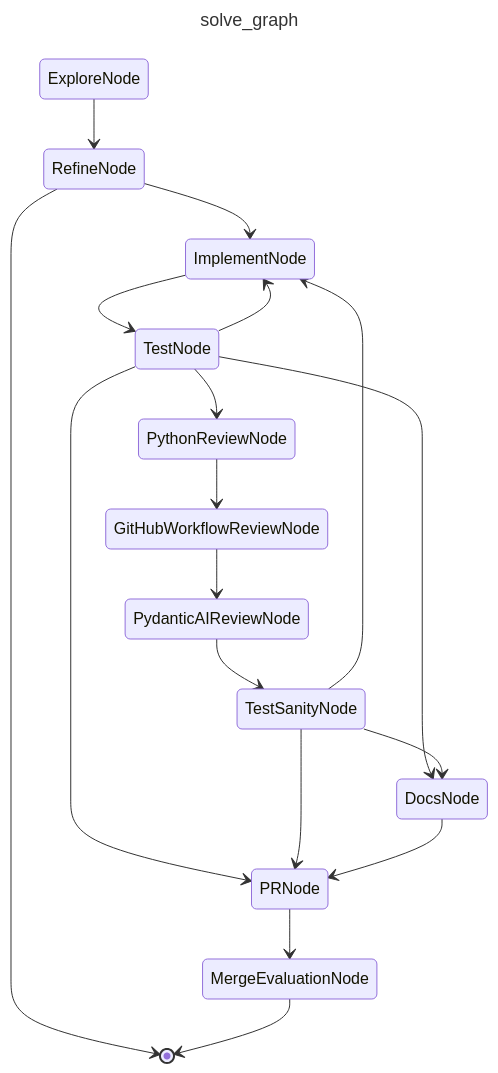
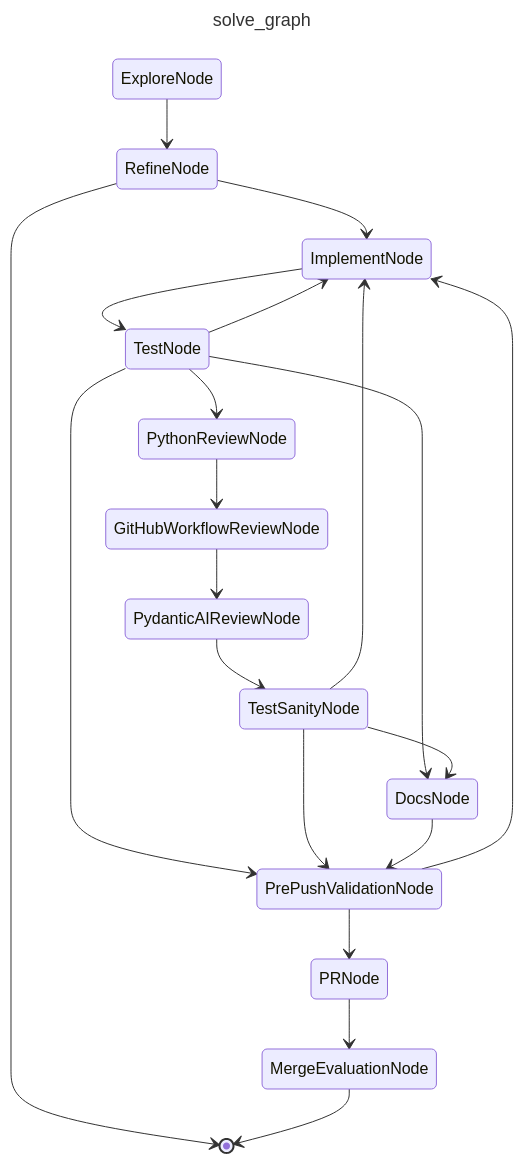
One commit to damien-robotsix/robotsix-cai changed the diagram in docs/workflows/solve.md. Above: the diagram before and after it, drawn with Mermaid. The commit also changed 11 other files, not shown here.

````diff
--- a/docs/workflows/solve.md
+++ b/docs/workflows/solve.md
@@ -15,23 +15,25 @@
 ```mermaid
 ---
 title: solve_graph
 ---
 stateDiagram-v2
   ExploreNode --> RefineNode
   RefineNode --> ImplementNode
   RefineNode --> [*]
   ImplementNode --> TestNode
   TestNode --> PythonReviewNode
   TestNode --> DocsNode
-  TestNode --> PRNode
+  TestNode --> PrePushValidationNode
   TestNode --> ImplementNode
   PythonReviewNode --> GitHubWorkflowReviewNode
   GitHubWorkflowReviewNode --> PydanticAIReviewNode
   PydanticAIReviewNode --> TestSanityNode
   TestSanityNode --> DocsNode
-  TestSanityNode --> PRNode
+  TestSanityNode --> PrePushValidationNode
   TestSanityNode --> ImplementNode
-  DocsNode --> PRNode
+  DocsNode --> PrePushValidationNode
+  PrePushValidationNode --> PRNode
+  PrePushValidationNode --> ImplementNode
   PRNode --> MergeEvaluationNode
   MergeEvaluationNode --> [*]
 ```
````
